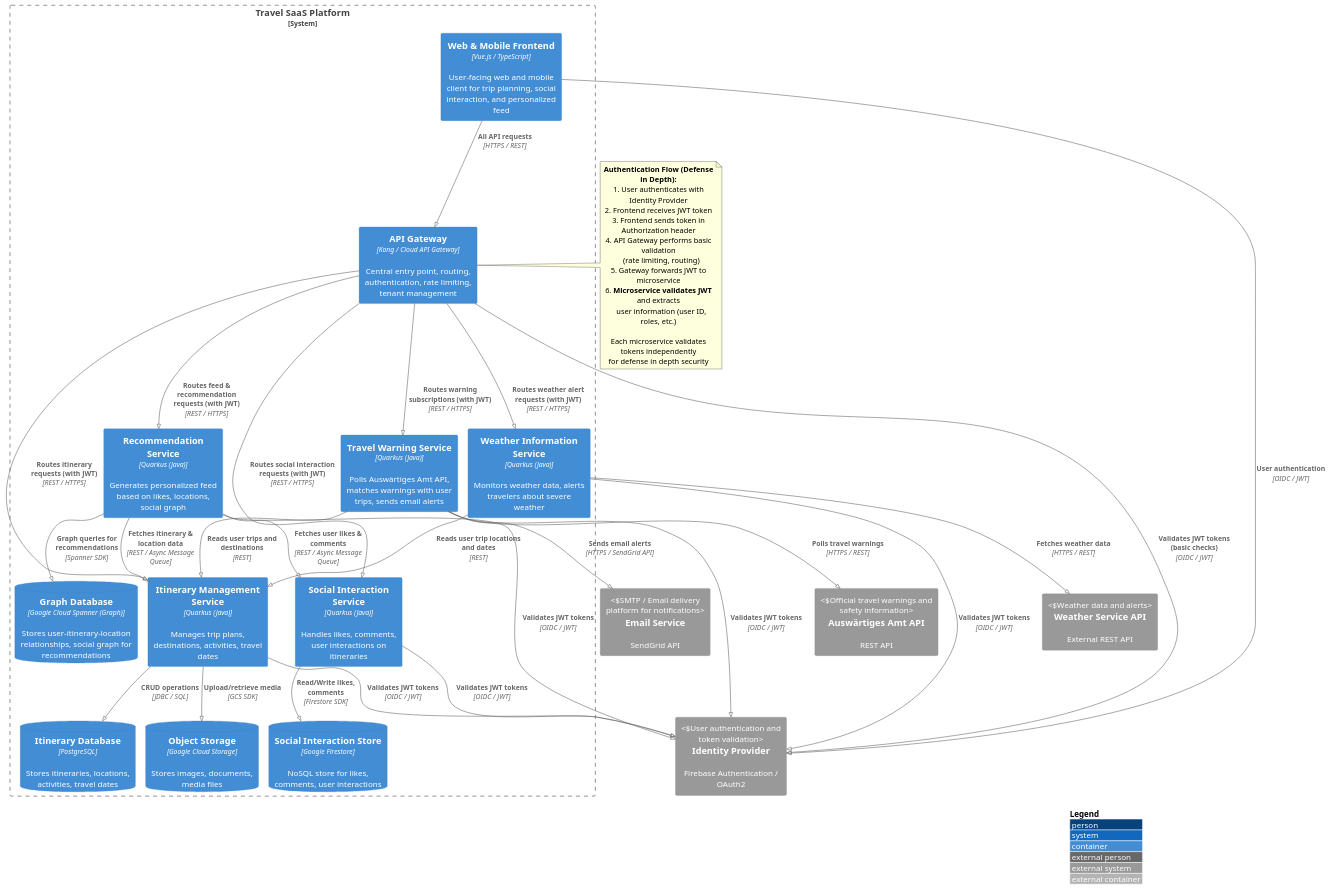
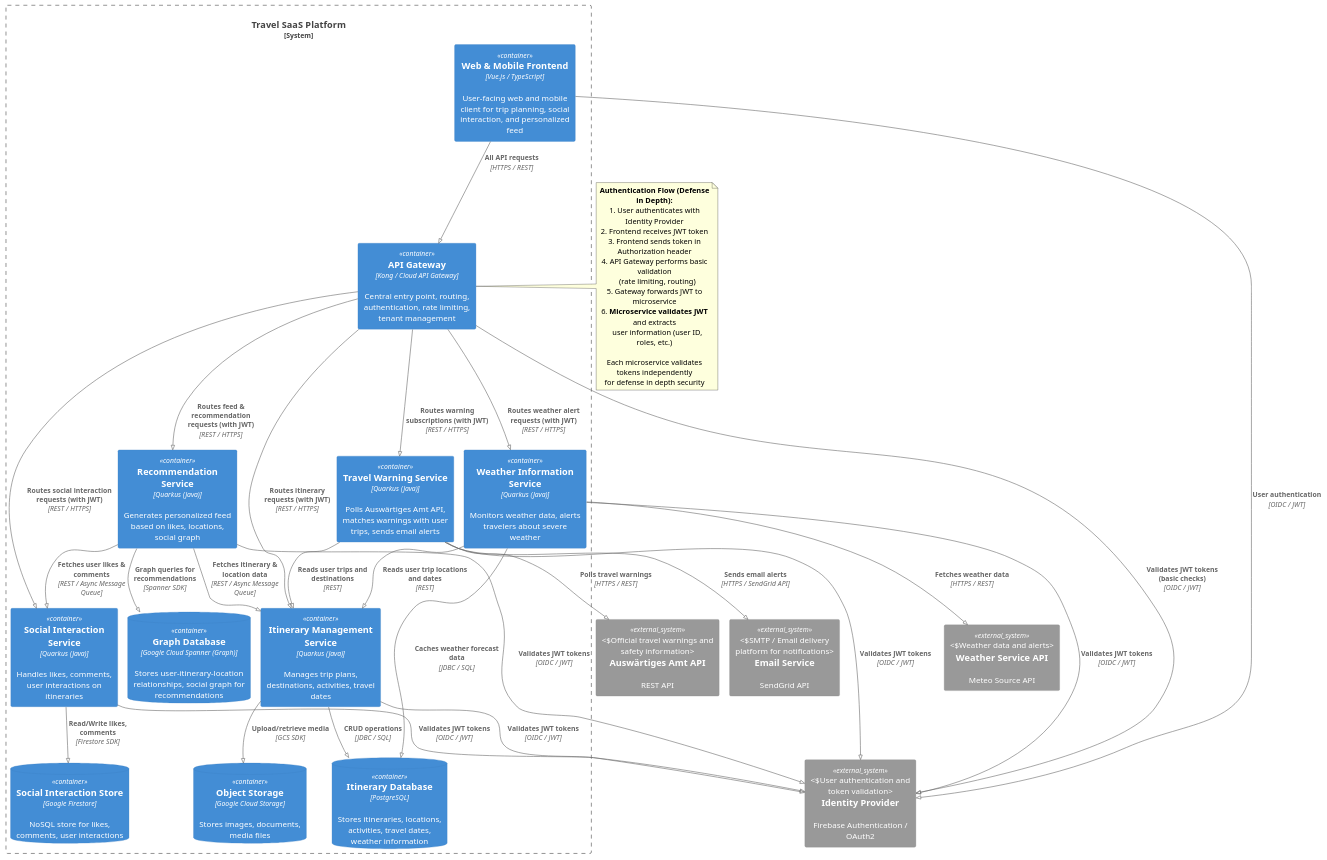
One commit to leotschritter/cad-backend changed the diagram in docs/diagrams/software-architecture/03_software_architecture_diagram.puml. Above: the diagram before and after it, drawn with PlantUML. The commit also changed 2 other files, not shown here.

Commit message:
added weather api into docs

```diff
--- a/docs/diagrams/software-architecture/03_software_architecture_diagram.puml
+++ b/docs/diagrams/software-architecture/03_software_architecture_diagram.puml
@@ -1,87 +1,88 @@
 @startuml
 !include <C4/C4_Container>
 
-LAYOUT_WITH_LEGEND()
+
 !pragma layout smetana
 
 System_Boundary(travelSaaS, "Travel SaaS Platform") {
 
     ' Frontend
     Container(frontend, "Web & Mobile Frontend", "Vue.js / TypeScript", "User-facing web and mobile client for trip planning, social interaction, and personalized feed")
 
     ' API Gateway
     Container(apiGateway, "API Gateway", "Kong / Cloud API Gateway", "Central entry point, routing, authentication, rate limiting, tenant management")
 
     ' Microservices
     Container(itineraryService, "Itinerary Management Service", "Quarkus (Java)", "Manages trip plans, destinations, activities, travel dates")
     Container(socialService, "Social Interaction Service", "Quarkus (Java)", "Handles likes, comments, user interactions on itineraries")
     Container(recommendationService, "Recommendation Service", "Quarkus (Java)", "Generates personalized feed based on likes, locations, social graph")
     Container(travelWarningService, "Travel Warning Service", "Quarkus (Java)", "Polls Auswärtiges Amt API, matches warnings with user trips, sends email alerts")
     Container(weatherWarningService, "Weather Information Service", "Quarkus (Java)", "Monitors weather data, alerts travelers about severe weather")
 
     ' Datastores
-    ContainerDb(itineraryDb, "Itinerary Database", "PostgreSQL", "Stores itineraries, locations, activities, travel dates")
+    ContainerDb(itineraryDb, "Itinerary Database", "PostgreSQL", "Stores itineraries, locations, activities, travel dates, weather information")
     ContainerDb(objectStorage, "Object Storage", "Google Cloud Storage", "Stores images, documents, media files")
     ContainerDb(socialDb, "Social Interaction Store", "Google Firestore", "NoSQL store for likes, comments, user interactions")
     ContainerDb(recommendationDb, "Graph Database", "Google Cloud Spanner (Graph)", "Stores user-itinerary-location relationships, social graph for recommendations")
 }
 
 ' External Systems
 System_Ext(identity, "Identity Provider", "Firebase Authentication / OAuth2", "User authentication and token validation")
 System_Ext(auswaertigesAmt, "Auswärtiges Amt API", "REST API", "Official travel warnings and safety information")
 System_Ext(emailApi, "Email Service", "SendGrid API", "SMTP / Email delivery platform for notifications")
-System_Ext(weatherApi, "Weather Service API", "External REST API", "Weather data and alerts")
+System_Ext(weatherApi, "Weather Service API", "Meteo Source API", "Weather data and alerts")
 
 ' Frontend Relationships
 Rel(frontend, identity, "User authentication", "OIDC / JWT")
 Rel(frontend, apiGateway, "All API requests", "HTTPS / REST")
 
 ' API Gateway to Microservices
 Rel(apiGateway, itineraryService, "Routes itinerary requests (with JWT)", "REST / HTTPS")
 Rel(apiGateway, socialService, "Routes social interaction requests (with JWT)", "REST / HTTPS")
 Rel(apiGateway, recommendationService, "Routes feed & recommendation requests (with JWT)", "REST / HTTPS")
 Rel(apiGateway, travelWarningService, "Routes warning subscriptions (with JWT)", "REST / HTTPS")
 Rel(apiGateway, weatherWarningService, "Routes weather alert requests (with JWT)", "REST / HTTPS")
 
 ' Microservices to Datastores
 Rel(itineraryService, itineraryDb, "CRUD operations", "JDBC / SQL")
 Rel(itineraryService, objectStorage, "Upload/retrieve media", "GCS SDK")
 Rel(socialService, socialDb, "Read/Write likes, comments", "Firestore SDK")
 Rel(recommendationService, recommendationDb, "Graph queries for recommendations", "Spanner SDK")
+Rel(weatherWarningService, itineraryDb, "Caches weather forecast data", "JDBC / SQL")
 
 ' Service-to-Service Communication
 Rel(recommendationService, socialService, "Fetches user likes & comments", "REST / Async Message Queue")
 Rel(recommendationService, itineraryService, "Fetches itinerary & location data", "REST / Async Message Queue")
 Rel(travelWarningService, itineraryService, "Reads user trips and destinations", "REST")
 Rel(weatherWarningService, itineraryService, "Reads user trip locations and dates", "REST")
 
 ' External Service Relationships
 Rel(apiGateway, identity, "Validates JWT tokens (basic checks)", "OIDC / JWT")
 Rel(travelWarningService, auswaertigesAmt, "Polls travel warnings", "HTTPS / REST")
 Rel(travelWarningService, emailApi, "Sends email alerts", "HTTPS / SendGrid API")
 Rel(weatherWarningService, weatherApi, "Fetches weather data", "HTTPS / REST")
 
 ' Microservices to Identity Provider for token validation
 Rel(itineraryService, identity, "Validates JWT tokens", "OIDC / JWT")
 Rel(socialService, identity, "Validates JWT tokens", "OIDC / JWT")
 Rel(recommendationService, identity, "Validates JWT tokens", "OIDC / JWT")
 Rel(travelWarningService, identity, "Validates JWT tokens", "OIDC / JWT")
 Rel(weatherWarningService, identity, "Validates JWT tokens", "OIDC / JWT")
 
 ' Note about authentication flow
 note right of apiGateway
   **Authentication Flow (Defense in Depth):**
   1. User authenticates with Identity Provider
   2. Frontend receives JWT token
   3. Frontend sends token in Authorization header
   4. API Gateway performs basic validation
      (rate limiting, routing)
   5. Gateway forwards JWT to microservice
   6. **Microservice validates JWT** and extracts
      user information (user ID, roles, etc.)
 
   Each microservice validates tokens independently
   for defense in depth security
 end note
 
 @enduml
```
